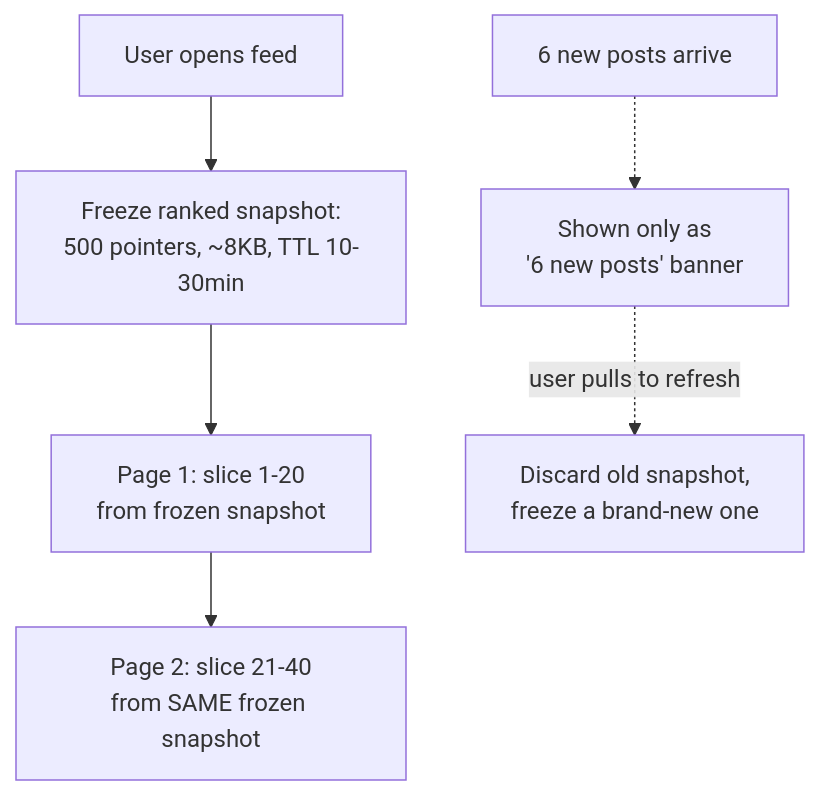
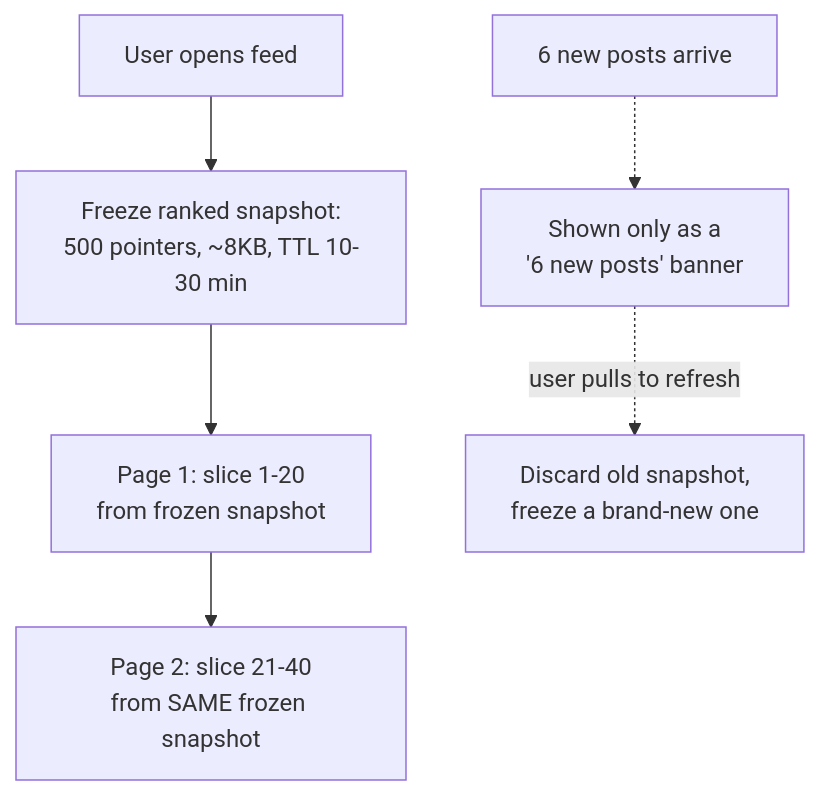
The sixth of 13 diagrams in system-design/HLD/0-course/32-Design Newsfeed System-FAANG-Guide-story.md (riyaz-pasha/Learnings), drawn with Mermaid before and after one commit. The commit also changed other lines of this file and 5 other files, not shown here.

Commit message:
[REWRITE] Design Newsfeed story guide: simplify prose, add structure, fix diagrams

````diff
--- a/system-design/HLD/0-course/32-Design Newsfeed System-FAANG-Guide-story.md
+++ b/system-design/HLD/0-course/32-Design Newsfeed System-FAANG-Guide-story.md
@@ -147,8 +360,8 @@
 ```mermaid
 flowchart TD
-    Open["User opens feed"] --> Snap["Freeze ranked snapshot:\n500 pointers, ~8KB, TTL 10-30min"]
+    Open["User opens feed"] --> Snap["Freeze ranked snapshot:\n500 pointers, ~8KB, TTL 10-30 min"]
     Snap --> P1["Page 1: slice 1-20\nfrom frozen snapshot"]
     P1 --> P2["Page 2: slice 21-40\nfrom SAME frozen snapshot"]
-    New["6 new posts arrive"] -.-> Banner["Shown only as\n'6 new posts' banner"]
+    New["6 new posts arrive"] -.-> Banner["Shown only as a\n'6 new posts' banner"]
     Banner -.->|"user pulls to refresh"| Reset["Discard old snapshot,\nfreeze a brand-new one"]
 ```
````
